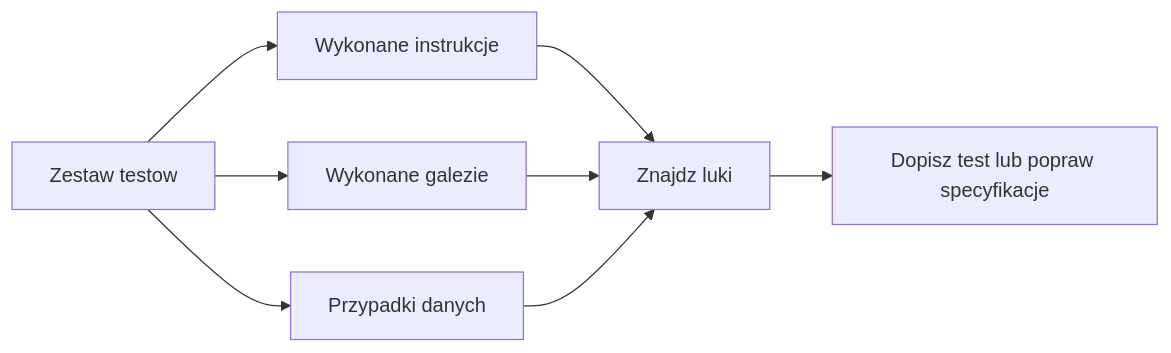
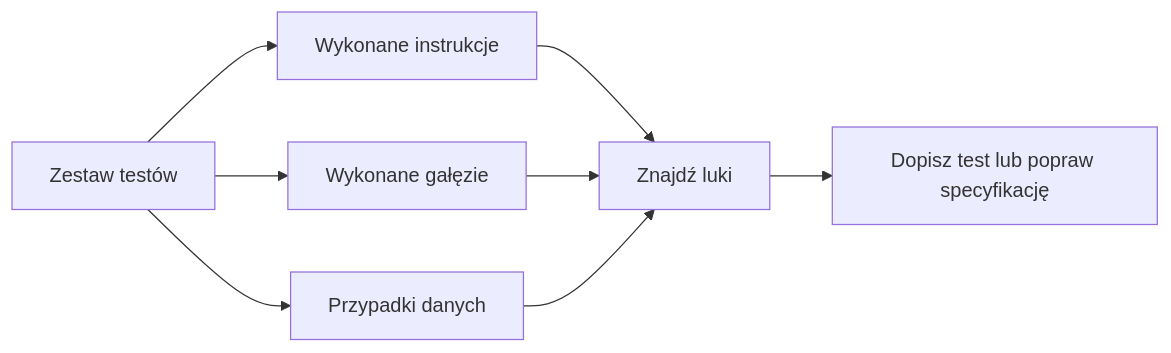
One commit to tborzyszkowski/warsztat-programisty-pjatk changed the diagram in src/01-organizacja/04-obliczenia-i-testy/diagramy/pokrycie-testami.mmd. Above: the diagram before and after it, drawn with Mermaid. The commit also changed 10 other files, not shown here.

Commit message:
Fix typos and improve language consistency in documentation and code comments across multiple files; update diagrams for clarity and correctness.

```diff
--- a/src/01-organizacja/04-obliczenia-i-testy/diagramy/pokrycie-testami.mmd
+++ b/src/01-organizacja/04-obliczenia-i-testy/diagramy/pokrycie-testami.mmd
@@ -1,8 +1,8 @@
 flowchart LR
-    A[Zestaw testow] --> B[Wykonane instrukcje]
-    A --> C[Wykonane galezie]
+    A[Zestaw testów] --> B[Wykonane instrukcje]
+    A --> C[Wykonane gałęzie]
     A --> D[Przypadki danych]
-    B --> E[Znajdz luki]
+    B --> E[Znajdź luki]
     C --> E
     D --> E
-    E --> F[Dopisz test lub popraw specyfikacje]
+    E --> F[Dopisz test lub popraw specyfikację]
```
